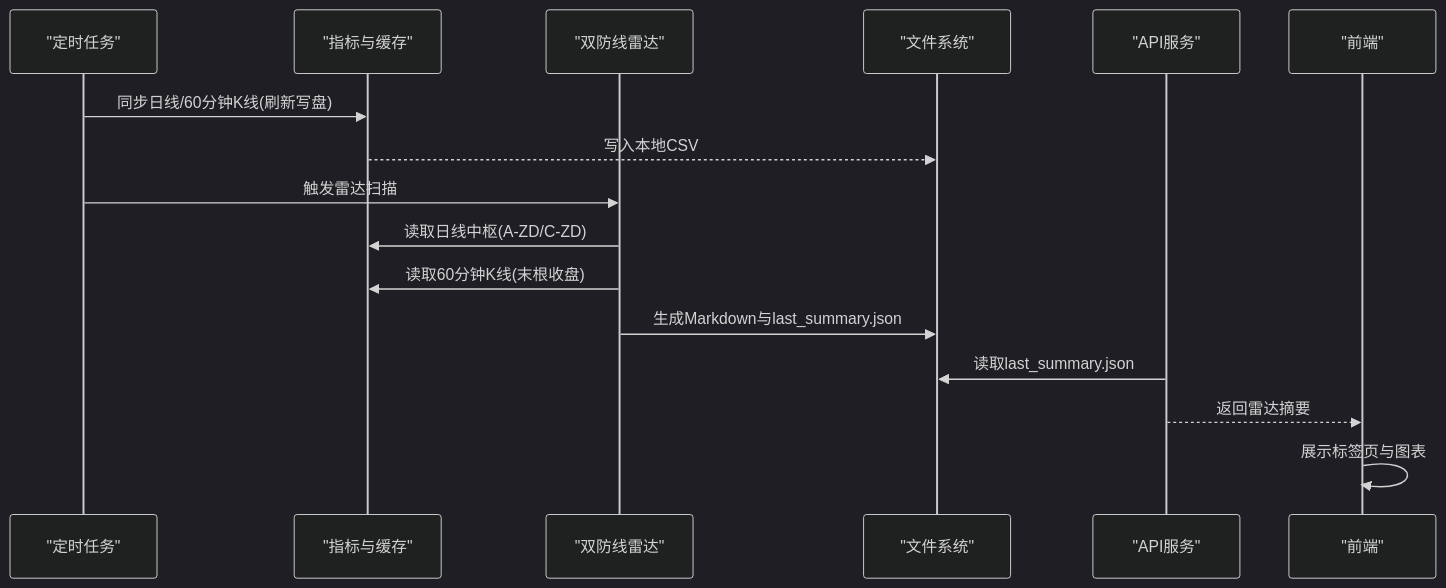
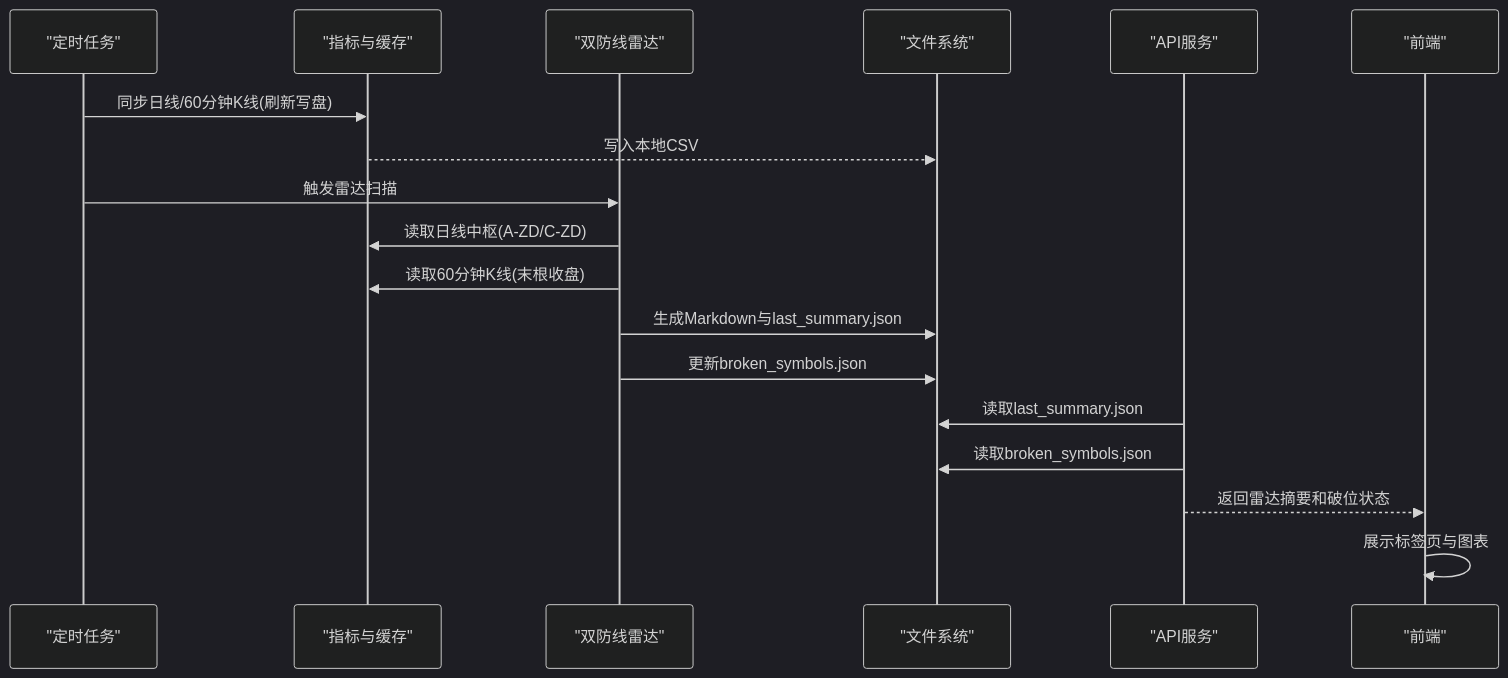
The second of 7 diagrams in .qoder/repowiki/zh/content/双防线雷达系统/双防线雷达系统.md (dexy1024/fin-analysis), drawn with Mermaid (dark theme) before and after one commit. The commit also changed other lines of this file and 8 other files, not shown here.

````diff
--- a/.qoder/repowiki/zh/content/双防线雷达系统/双防线雷达系统.md
+++ b/.qoder/repowiki/zh/content/双防线雷达系统/双防线雷达系统.md
@@ -95,18 +113,20 @@
 ```mermaid
 sequenceDiagram
 participant Scheduler as "定时任务"
 participant Indicators as "指标与缓存"
 participant Radar as "双防线雷达"
 participant FS as "文件系统"
 participant API as "API服务"
 participant Frontend as "前端"
 Scheduler->>Indicators : 同步日线/60分钟K线(刷新写盘)
 Indicators-->>FS : 写入本地CSV
 Scheduler->>Radar : 触发雷达扫描
 Radar->>Indicators : 读取日线中枢(A-ZD/C-ZD)
 Radar->>Indicators : 读取60分钟K线(末根收盘)
 Radar->>FS : 生成Markdown与last_summary.json
+Radar->>FS : 更新broken_symbols.json
 API->>FS : 读取last_summary.json
-API-->>Frontend : 返回雷达摘要
+API->>FS : 读取broken_symbols.json
+API-->>Frontend : 返回雷达摘要和破位状态
 Frontend->>Frontend : 展示标签页与图表
 ```
````
